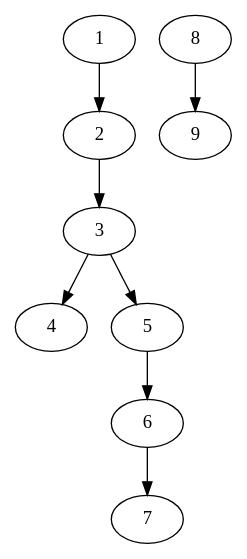
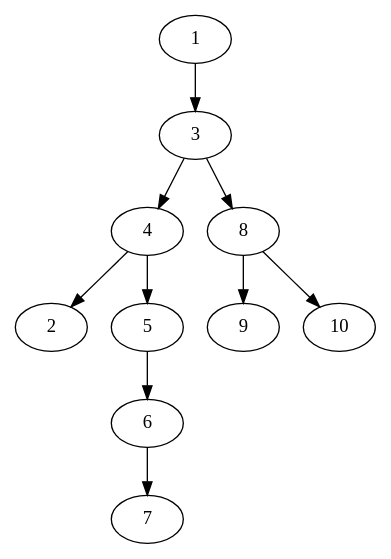
One commit to ArthurZucker/IAG_TP1_Final changed the diagram in digraph-1-postdfs.dot. Above: the diagram before and after it, drawn with Graphviz. The commit also changed 10 other files, not shown here.

```diff
--- a/digraph-1-postdfs.dot
+++ b/digraph-1-postdfs.dot
@@ -1,9 +1,11 @@
 digraph premier_graph {
-1 -> 2 ;
-2 -> 3 ;
-3 -> 4 ;
-3 -> 5 ;
-4;5 -> 6 ;
+1 -> 3 ;
+2;3 -> 4 ;
+3 -> 8 ;
+4 -> 2 ;
+4 -> 5 ;
+5 -> 6 ;
 6 -> 7 ;
 7;8 -> 9 ;
-9;}
+8 -> 10 ;
+9;10;}
```
